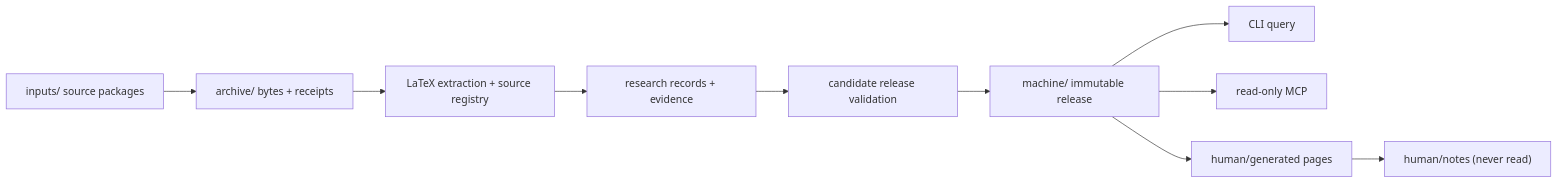
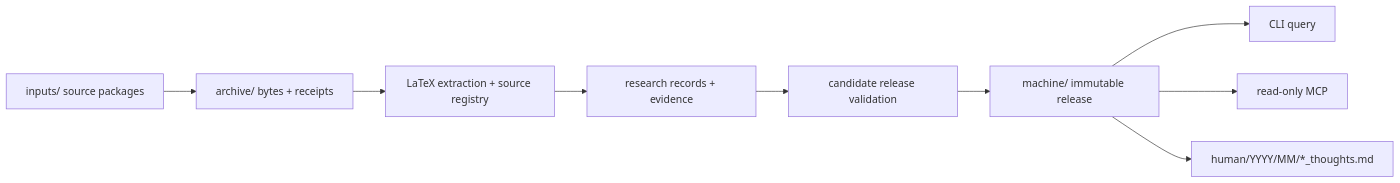
The first of 2 diagrams in docs/design/DESIGN.md (Guangqi-Phys/qec-graph), drawn with Mermaid before and after one commit. The commit also changed other lines of this file and 29 other files, not shown here.

Commit message:
feat(human): render one Obsidian thoughts note per paper

````diff
--- a/docs/design/DESIGN.md
+++ b/docs/design/DESIGN.md
@@ -72,12 +72,11 @@
 ```mermaid
 flowchart LR
     Inputs["inputs/ source packages"] --> Archive["archive/ bytes + receipts"]
     Archive --> Extract["LaTeX extraction + source registry"]
     Extract --> Records["research records + evidence"]
     Records --> Validate["candidate release validation"]
     Validate --> Machine["machine/ immutable release"]
     Machine --> CLI["CLI query"]
     Machine --> MCP["read-only MCP"]
-    Machine --> Human["human/generated pages"]
-    Human --> Notes["human/notes (never read)"]
+    Machine --> Human["human/YYYY/MM/*_thoughts.md"]
 ```
````
